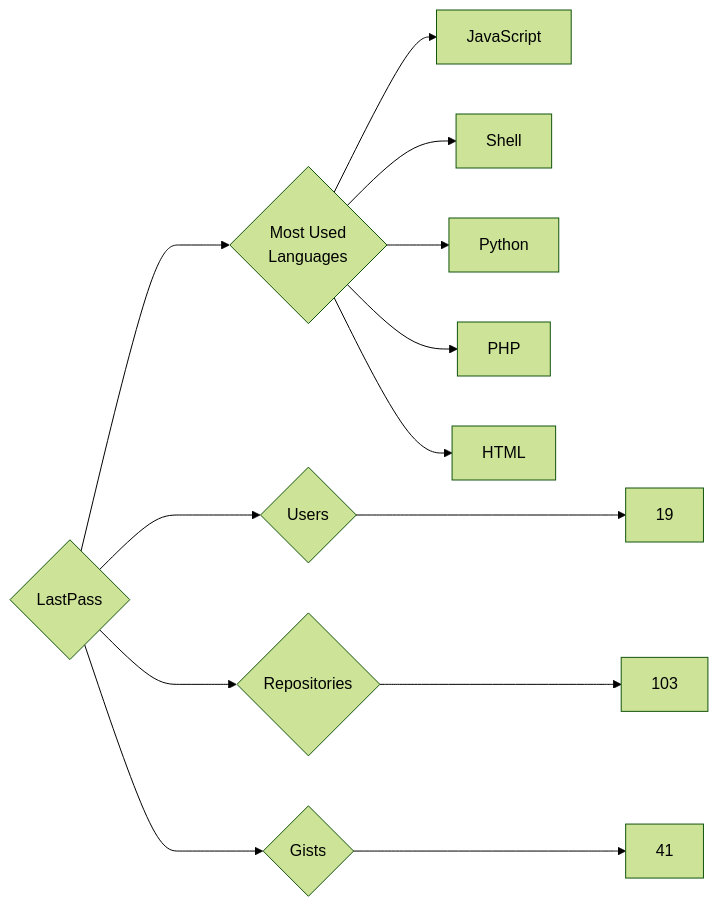
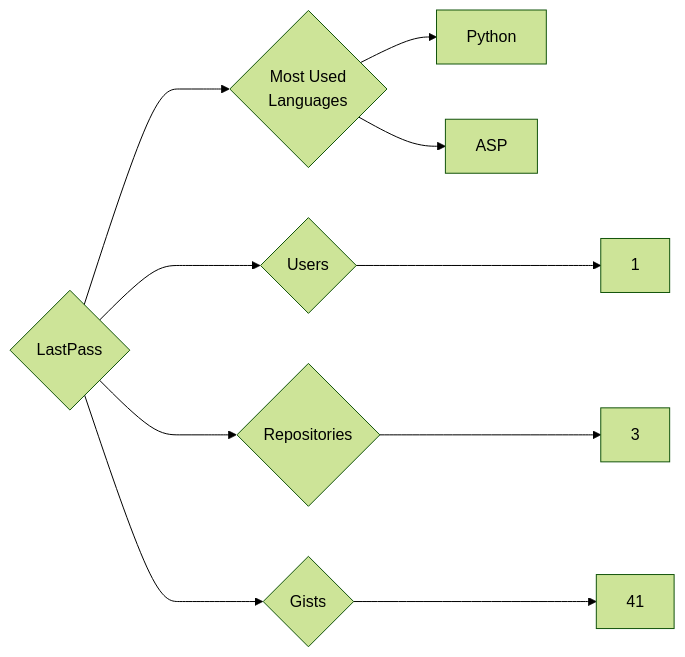
The diagram in targets/LastPass/README.md (trickest/insiders), drawn with Mermaid (forest theme) before and after one commit. The commit also changed 745 other files, not shown here.

````diff
--- a/targets/LastPass/README.md
+++ b/targets/LastPass/README.md
@@ -3,13 +3,10 @@
 ```mermaid
 graph LR
 COMPANY_NAME{LastPass}
-COMPANY_NAME ---> U{Users} ---> UN[19]
-COMPANY_NAME ---> R{Repositories} ---> RN[103]
+COMPANY_NAME ---> U{Users} ---> UN[1]
+COMPANY_NAME ---> R{Repositories} ---> RN[3]
 COMPANY_NAME ---> G{Gists} ---> GN[41]
 COMPANY_NAME ---> ML{Most Used<br>Languages}
-ML --> JavaScript[JavaScript]
-ML --> Shell[Shell]
 ML --> Python[Python]
-ML --> PHP[PHP]
-ML --> HTML[HTML]
+ML --> ASP[ASP]
 ```
````
